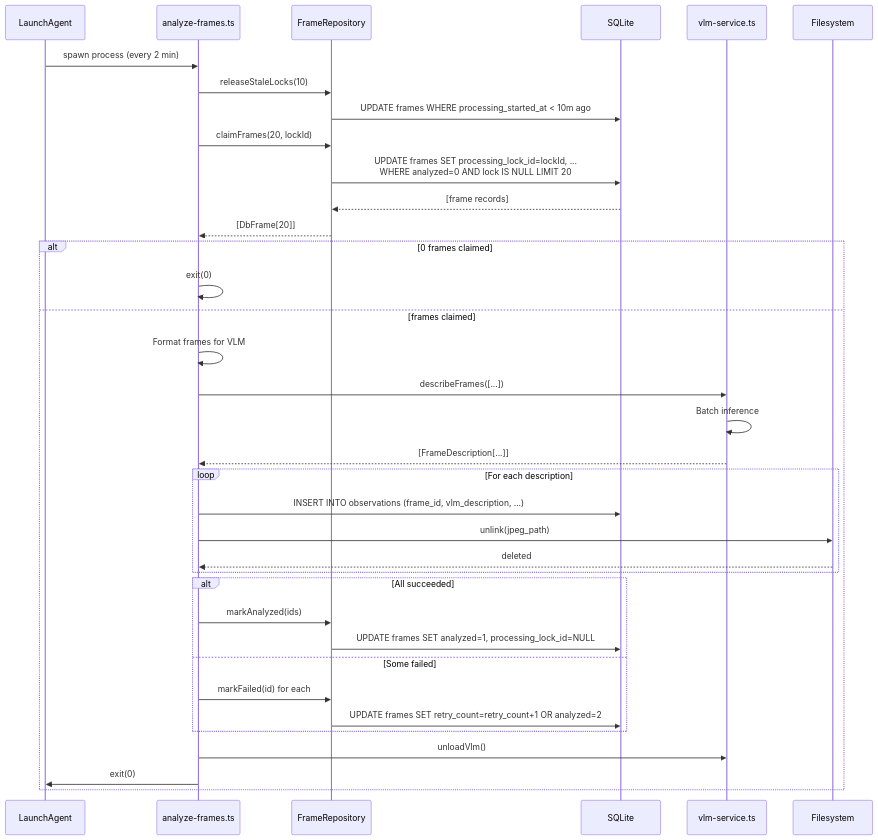
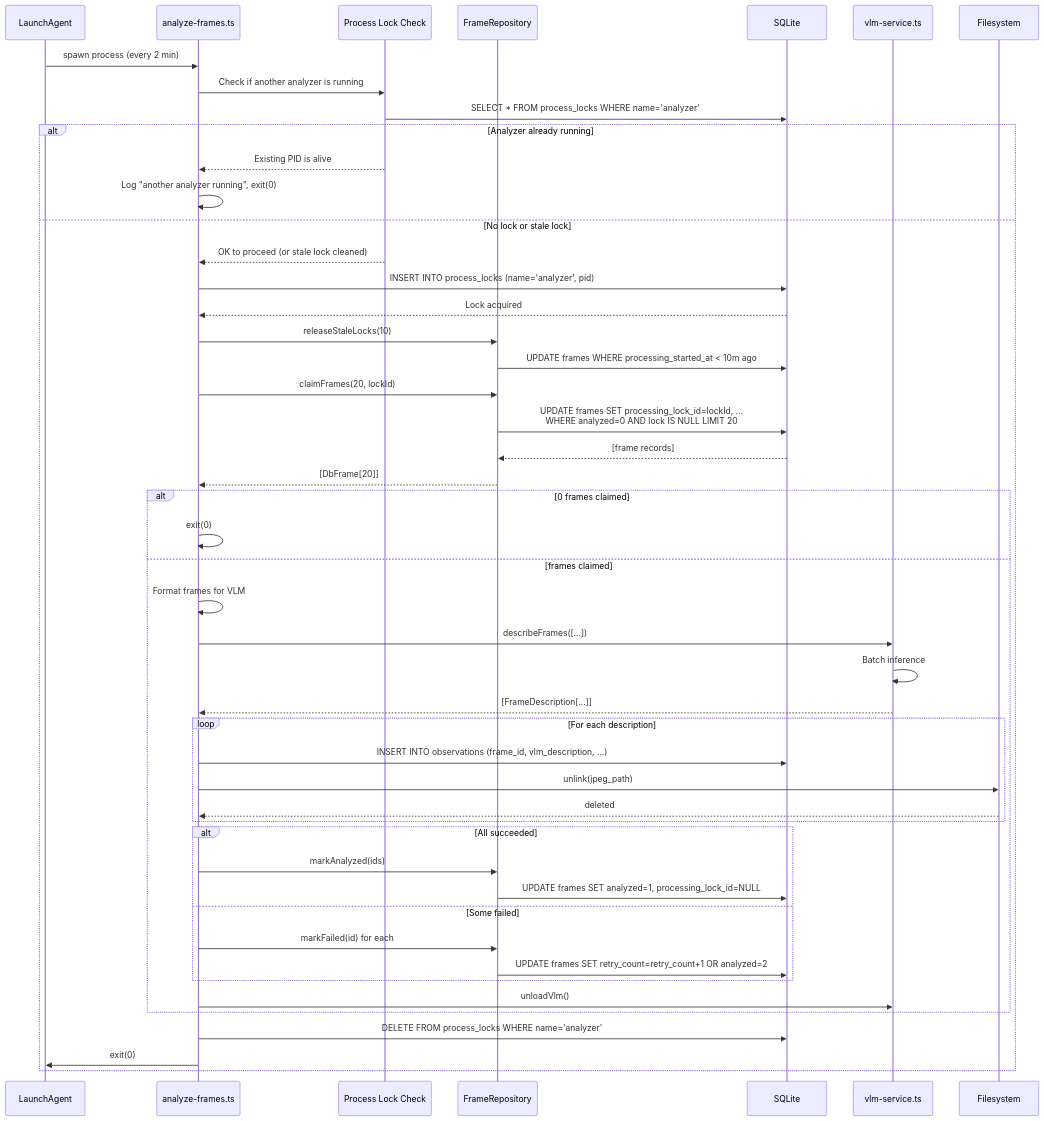
One commit to eduardosanzb/escribano changed the diagram in docs/tdd/002-node-batch-analyzer.md. Above: the diagram before and after it, drawn with Mermaid. The commit also changed other lines of this file, not shown here.

First line of the commit message:
fix(tdd-002): Add process-level VLM concurrency control via SQLite lock

````diff
--- a/docs/tdd/002-node-batch-analyzer.md
+++ b/docs/tdd/002-node-batch-analyzer.md
@@ -11,43 +11,57 @@
 ```mermaid
 sequenceDiagram
     participant LaunchAgent
     participant Analyzer as analyze-frames.ts
+    participant ProcessLock as Process Lock Check
     participant FrameRepo as FrameRepository
     participant DB as SQLite
     participant VLM as vlm-service.ts
     participant Disk as Filesystem
 
     LaunchAgent->>Analyzer: spawn process (every 2 min)
-    Analyzer->>FrameRepo: releaseStaleLocks(10)
-    FrameRepo->>DB: UPDATE frames WHERE processing_started_at < 10m ago
-    Analyzer->>FrameRepo: claimFrames(20, lockId)
-    FrameRepo->>DB: UPDATE frames SET processing_lock_id=lockId, ...<br/>WHERE analyzed=0 AND lock IS NULL LIMIT 20
-    DB-->>FrameRepo: [frame records]
-    FrameRepo-->>Analyzer: [DbFrame[20]]
-    
-    alt 0 frames claimed
-        Analyzer->>Analyzer: exit(0)
-    else frames claimed
-        Analyzer->>Analyzer: Format frames for VLM
-        Analyzer->>VLM: describeFrames([...])
-        VLM->>VLM: Batch inference
-        VLM-->>Analyzer: [FrameDescription[...]]
+    Analyzer->>ProcessLock: Check if another analyzer is running
+    ProcessLock->>DB: SELECT * FROM process_locks WHERE name='analyzer'
+    alt Analyzer already running
+        ProcessLock-->>Analyzer: Existing PID is alive
+        Analyzer->>Analyzer: Log "another analyzer running", exit(0)
+    else No lock or stale lock
+        ProcessLock-->>Analyzer: OK to proceed (or stale lock cleaned)
+        Analyzer->>DB: INSERT INTO process_locks (name='analyzer', pid)
+        DB-->>Analyzer: Lock acquired
         
-        loop For each description
-            Analyzer->>DB: INSERT INTO observations (frame_id, vlm_description, ...)
-            Analyzer->>Disk: unlink(jpeg_path)
-            Disk-->>Analyzer: deleted
+        Analyzer->>FrameRepo: releaseStaleLocks(10)
+        FrameRepo->>DB: UPDATE frames WHERE processing_started_at < 10m ago
+        Analyzer->>FrameRepo: claimFrames(20, lockId)
+        FrameRepo->>DB: UPDATE frames SET processing_lock_id=lockId, ...<br/>WHERE analyzed=0 AND lock IS NULL LIMIT 20
+        DB-->>FrameRepo: [frame records]
+        FrameRepo-->>Analyzer: [DbFrame[20]]
+        
+        alt 0 frames claimed
+            Analyzer->>Analyzer: exit(0)
+        else frames claimed
+            Analyzer->>Analyzer: Format frames for VLM
+            Analyzer->>VLM: describeFrames([...])
+            VLM->>VLM: Batch inference
+            VLM-->>Analyzer: [FrameDescription[...]]
+            
+            loop For each description
+                Analyzer->>DB: INSERT INTO observations (frame_id, vlm_description, ...)
+                Analyzer->>Disk: unlink(jpeg_path)
+                Disk-->>Analyzer: deleted
+            end
+            
+            alt All succeeded
+                Analyzer->>FrameRepo: markAnalyzed(ids)
+                FrameRepo->>DB: UPDATE frames SET analyzed=1, processing_lock_id=NULL
+            else Some failed
+                Analyzer->>FrameRepo: markFailed(id) for each
+                FrameRepo->>DB: UPDATE frames SET retry_count=retry_count+1 OR analyzed=2
+            end
+            
+            Analyzer->>VLM: unloadVlm()
         end
         
-        alt All succeeded
-            Analyzer->>FrameRepo: markAnalyzed(ids)
-            FrameRepo->>DB: UPDATE frames SET analyzed=1, processing_lock_id=NULL
-        else Some failed
-            Analyzer->>FrameRepo: markFailed(id) for each
-            FrameRepo->>DB: UPDATE frames SET retry_count=retry_count+1 OR analyzed=2
-        end
-        
-        Analyzer->>VLM: unloadVlm()
+        Analyzer->>DB: DELETE FROM process_locks WHERE name='analyzer'
         Analyzer->>LaunchAgent: exit(0)
     end
 ```
````
